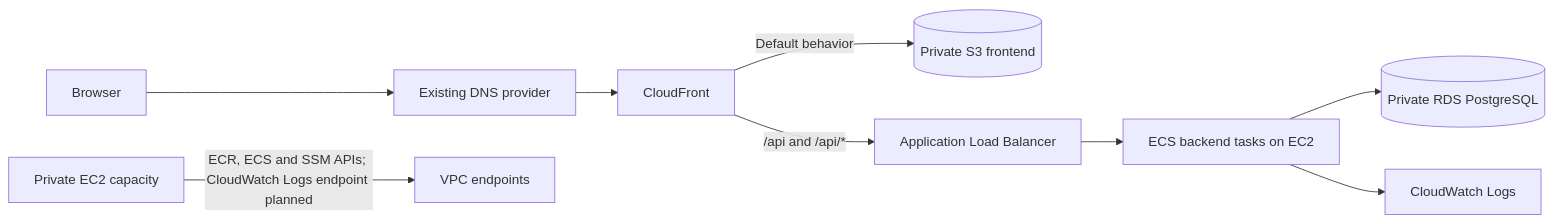
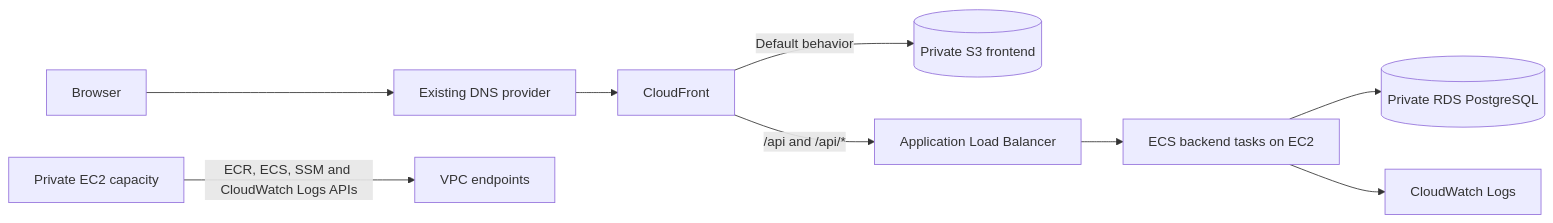
The diagram in docs/aws-deployment-plan.md (jakobzagar/Fit-Track), drawn with Mermaid before and after one commit. The commit also changed other lines of this file and 2 other files, not shown here.

Commit message:
feat: add CloudWatch Logs VPC endpoint

````diff
--- a/docs/aws-deployment-plan.md
+++ b/docs/aws-deployment-plan.md
@@ -28,11 +28,11 @@
 ```mermaid
 flowchart LR
     Browser[Browser] --> DNS[Existing DNS provider]
     DNS --> CF[CloudFront]
     CF -->|Default behavior| S3[(Private S3 frontend)]
     CF -->|/api and /api/*| ALB[Application Load Balancer]
     ALB --> ECS[ECS backend tasks on EC2]
     ECS --> RDS[(Private RDS PostgreSQL)]
     ECS --> CW[CloudWatch Logs]
-    EC2[Private EC2 capacity] -->|ECR, ECS and SSM APIs; CloudWatch Logs endpoint planned| VPCE[VPC endpoints]
+    EC2[Private EC2 capacity] -->|ECR, ECS, SSM and CloudWatch Logs APIs| VPCE[VPC endpoints]
 ```
````
